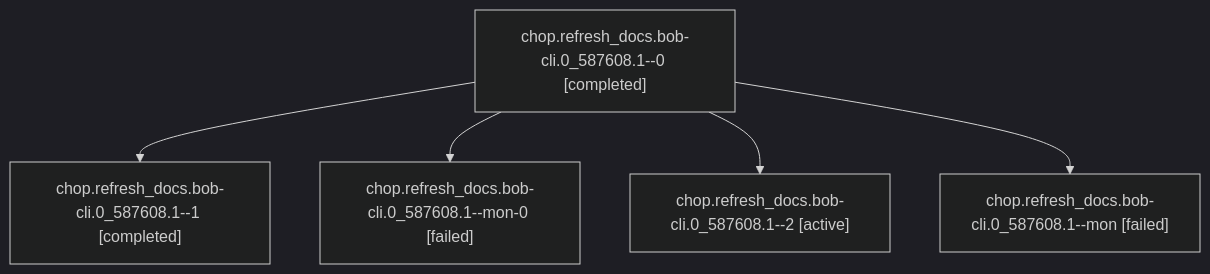
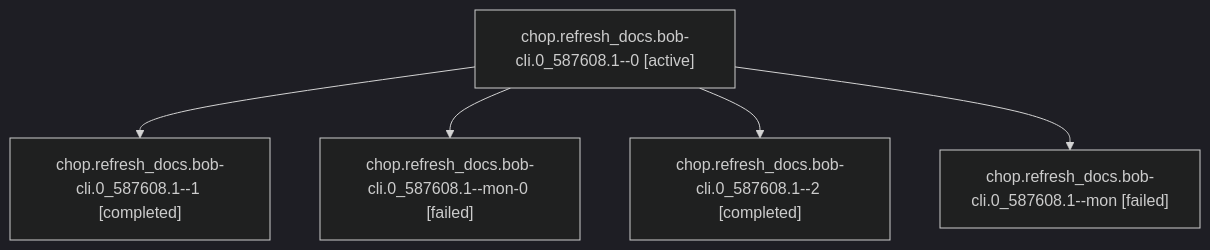
Before and after one commit to bobs-org/bob-cli--agents: the diagram in sessions/bbugyi200.athena.chop.refresh_docs.bob-cli.0_587608.1.md, drawn with Mermaid (dark theme). The commit also changed other lines of this file and 69 other files, not shown here.

````diff
--- a/sessions/bbugyi200.athena.chop.refresh_docs.bob-cli.0_587608.1.md
+++ b/sessions/bbugyi200.athena.chop.refresh_docs.bob-cli.0_587608.1.md
@@ -9,12 +9,12 @@
 ```mermaid
 flowchart TD
-  n0["chop.refresh_docs.bob-cli.0_587608.1--0 [completed]"]
+  n0["chop.refresh_docs.bob-cli.0_587608.1--0 [active]"]
   n1["chop.refresh_docs.bob-cli.0_587608.1--1 [completed]"]
   n0 --> n1
   n2["chop.refresh_docs.bob-cli.0_587608.1--mon-0 [failed]"]
   n0 --> n2
-  n3["chop.refresh_docs.bob-cli.0_587608.1--2 [active]"]
+  n3["chop.refresh_docs.bob-cli.0_587608.1--2 [completed]"]
   n0 --> n3
   n4["chop.refresh_docs.bob-cli.0_587608.1--mon [failed]"]
   n0 --> n4
 ```
````
